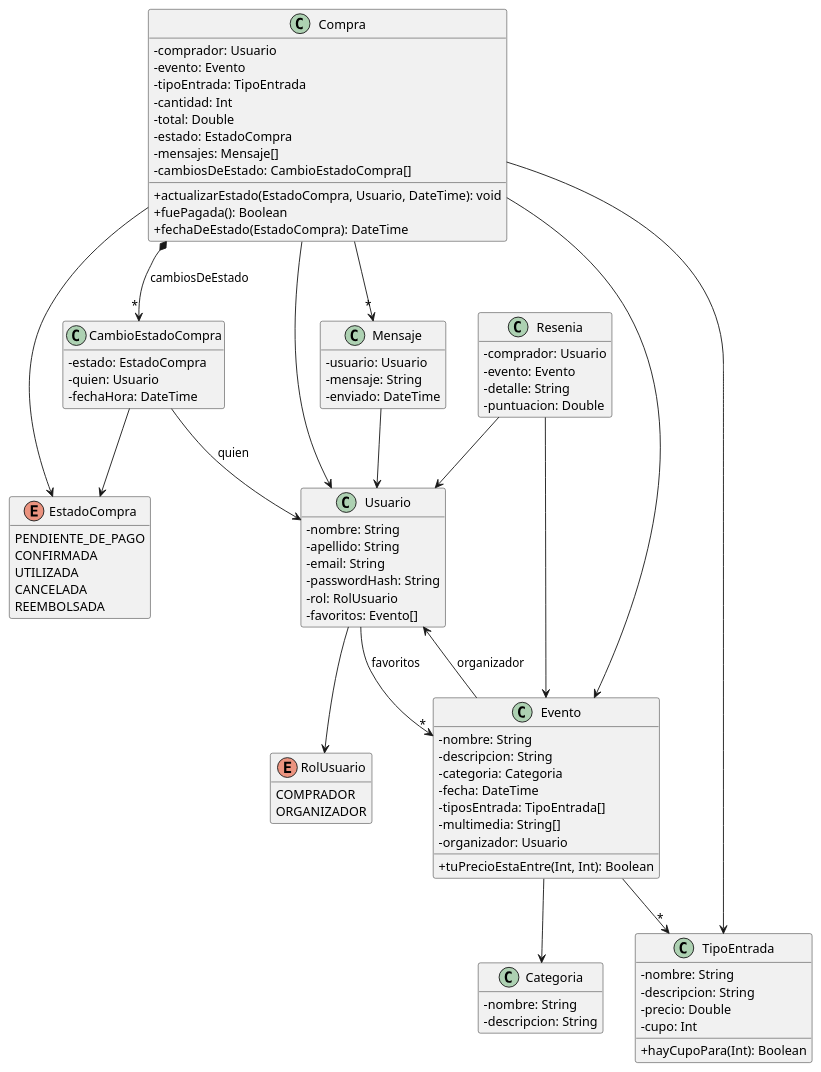
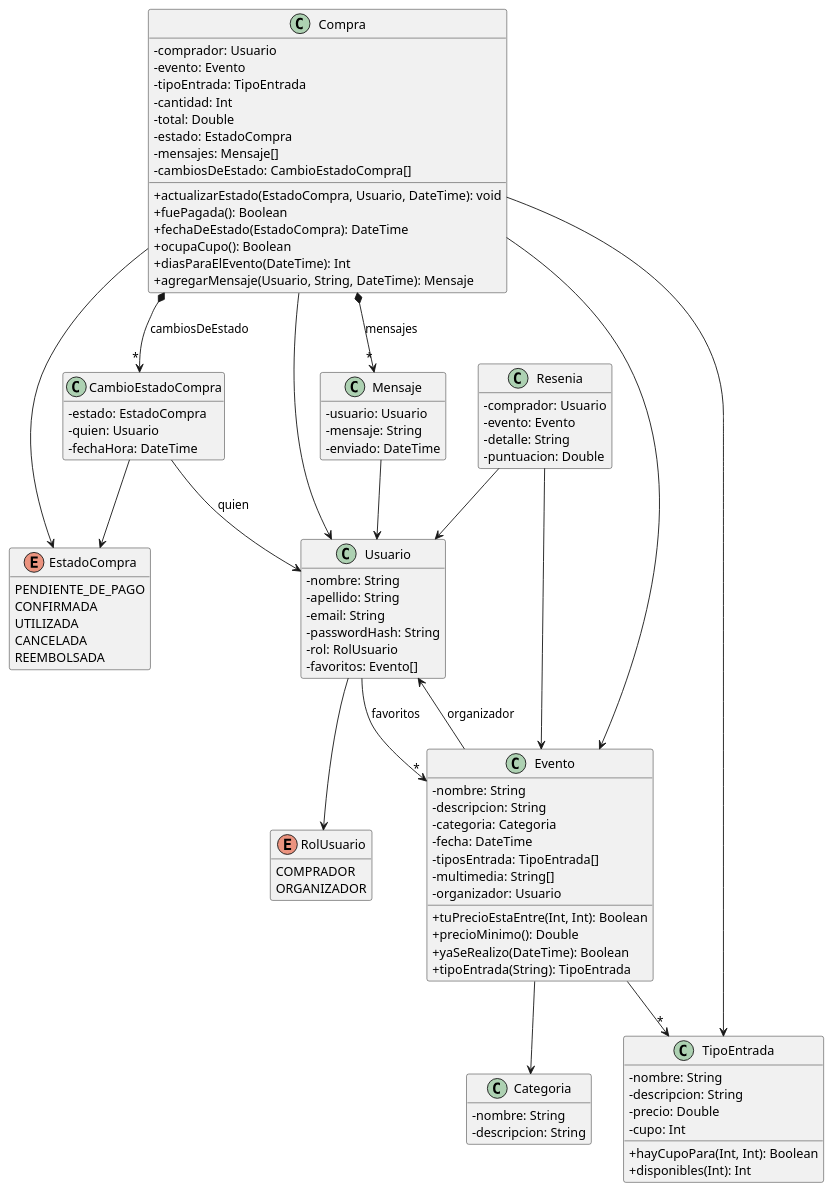
One commit to MCamachoGarcia/ddso-ticketit-ai changed the diagram in docs/diagrama-dominio.puml. Above: the diagram before and after it, drawn with PlantUML. The commit also changed 2 other files, not shown here.

Commit message:
docs: chat en la colección de Postman y diagrama actualizado

```diff
--- a/docs/diagrama-dominio.puml
+++ b/docs/diagrama-dominio.puml
@@ -1,109 +1,116 @@
 @startuml diagrama-dominio
 ' Diagrama tentativo del dominio sugerido por el enunciado de AI Ticket It
 skinparam classAttributeIconSize 0
 hide empty members
 
 ' ---------- Enums ----------
 enum EstadoCompra {
   PENDIENTE_DE_PAGO
   CONFIRMADA
   UTILIZADA
   CANCELADA
   REEMBOLSADA
 }
 
 enum RolUsuario {
   COMPRADOR
   ORGANIZADOR
 }
 
 ' ---------- Clases ----------
 class Usuario {
   - nombre: String
   - apellido: String
   - email: String
   - passwordHash: String
   - rol: RolUsuario
   - favoritos: Evento[]
 }
 
 class Categoria {
   - nombre: String
   - descripcion: String
 }
 
 class TipoEntrada {
   - nombre: String
   - descripcion: String
   - precio: Double
   - cupo: Int
-  + hayCupoPara(Int): Boolean
+  + hayCupoPara(Int, Int): Boolean
+  + disponibles(Int): Int
 }
 
 class Evento {
   - nombre: String
   - descripcion: String
   - categoria: Categoria
   - fecha: DateTime
   - tiposEntrada: TipoEntrada[]
   - multimedia: String[]
   - organizador: Usuario
   + tuPrecioEstaEntre(Int, Int): Boolean
+  + precioMinimo(): Double
+  + yaSeRealizo(DateTime): Boolean
+  + tipoEntrada(String): TipoEntrada
 }
 
 class Compra {
   - comprador: Usuario
   - evento: Evento
   - tipoEntrada: TipoEntrada
   - cantidad: Int
   - total: Double
   - estado: EstadoCompra
   - mensajes: Mensaje[]
   - cambiosDeEstado: CambioEstadoCompra[]
   + actualizarEstado(EstadoCompra, Usuario, DateTime): void
   + fuePagada(): Boolean
   + fechaDeEstado(EstadoCompra): DateTime
+  + ocupaCupo(): Boolean
+  + diasParaElEvento(DateTime): Int
+  + agregarMensaje(Usuario, String, DateTime): Mensaje
 }
 
 class CambioEstadoCompra {
   - estado: EstadoCompra
   - quien: Usuario
   - fechaHora: DateTime
 }
 
 class Mensaje {
   - usuario: Usuario
   - mensaje: String
   - enviado: DateTime
 }
 
 class Resenia {
   - comprador: Usuario
   - evento: Evento
   - detalle: String
   - puntuacion: Double
 }
 
 ' ---------- Relaciones ----------
 Usuario --> RolUsuario
 Usuario --> "*" Evento : favoritos
 Evento --> Usuario : organizador
 Evento --> Categoria
 Evento --> "*" TipoEntrada
 
 Compra --> Usuario
 Compra --> Evento
 Compra --> TipoEntrada
-Compra --> "*" Mensaje
+Compra *--> "*" Mensaje : mensajes
 Compra --> EstadoCompra
 Compra *--> "*" CambioEstadoCompra : cambiosDeEstado
 
 CambioEstadoCompra --> Usuario : quien
 CambioEstadoCompra --> EstadoCompra
 
 Mensaje --> Usuario
 
 Resenia --> Usuario
 Resenia --> Evento
 
 @enduml
```
